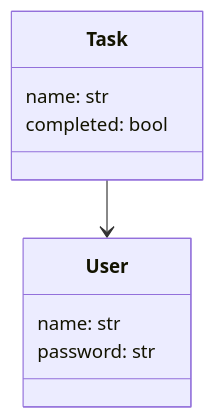
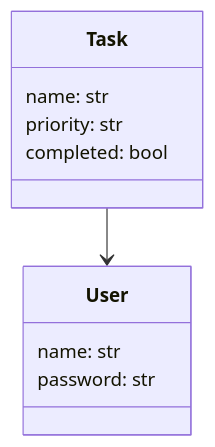
The first of 4 diagrams in dokumentaatio/arkkitehtuuri.md (Yusuboy/TODO-APP), drawn with Mermaid before and after one commit. The commit also changed other lines of this file and 23 other files, not shown here.

````diff
--- a/dokumentaatio/arkkitehtuuri.md
+++ b/dokumentaatio/arkkitehtuuri.md
@@ -22,15 +23,16 @@
 ```mermaid
  classDiagram
       Task  -->  User
       
       
       class User{
           name: str
           password: str
       }
       class Task{
           name: str
+          priority: str
           completed: bool
       }
       
 ```
````
